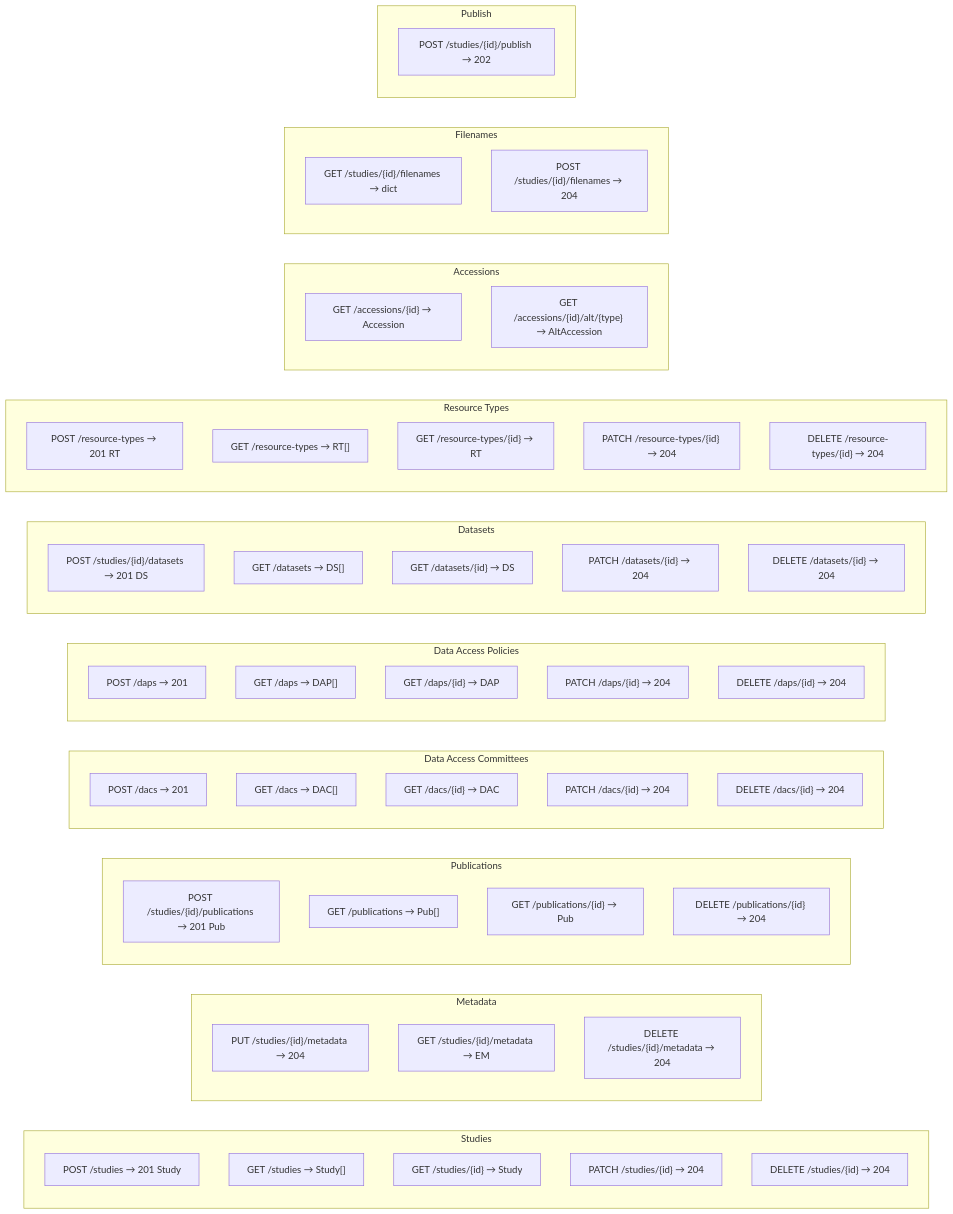
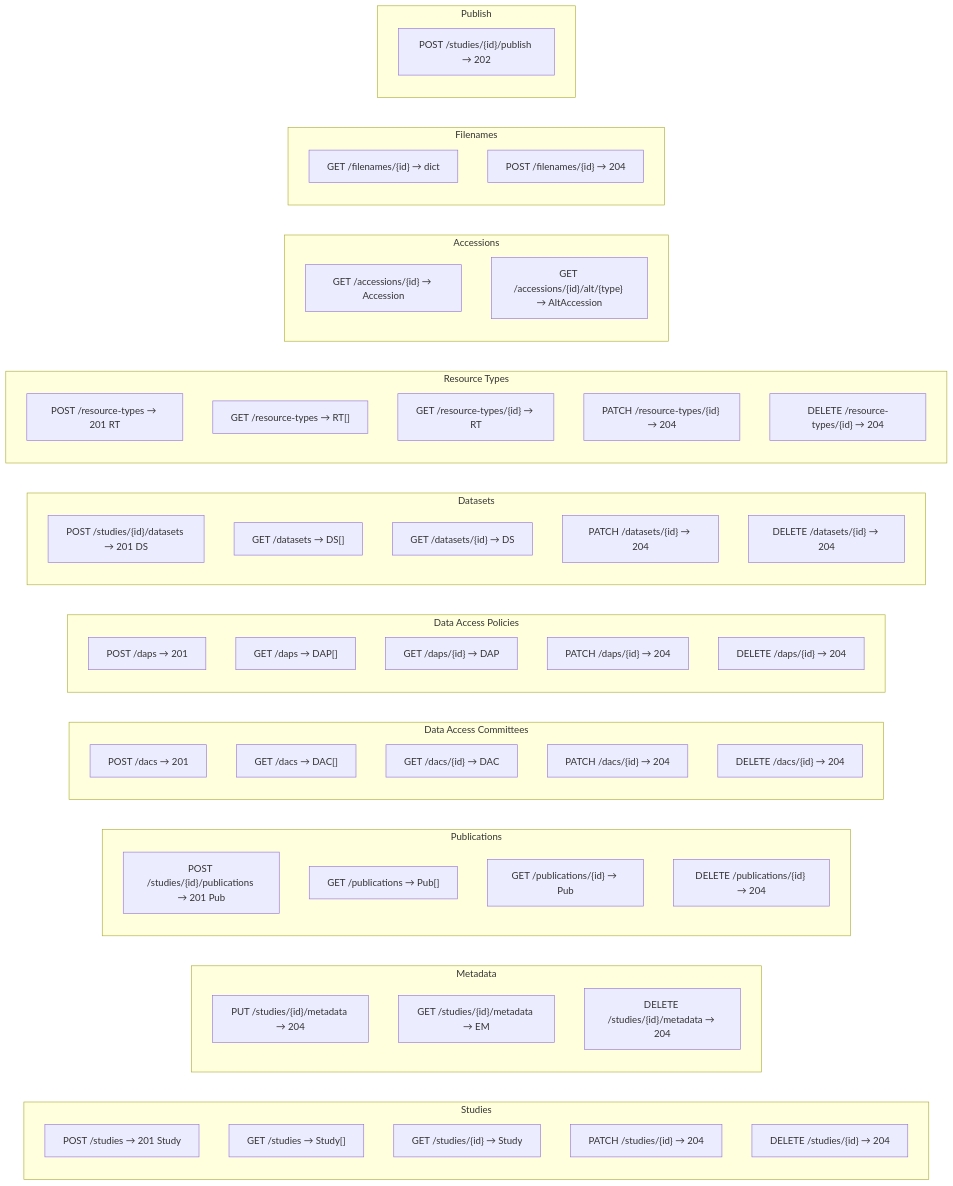
One commit to ghga-de/ghga-registry-service changed the diagram in docs/api_endpoint_map.md. Above: the diagram before and after it, drawn with Mermaid. The commit also changed 1 other file, not shown here.

Commit message:
Fix path for filenames

````diff
--- a/docs/api_endpoint_map.md
+++ b/docs/api_endpoint_map.md
@@ -3,69 +3,69 @@
 ```mermaid
 graph LR
     subgraph Studies
         S1["POST /studies → 201 Study"]
         S2["GET /studies → Study[]"]
         S3["GET /studies/{id} → Study"]
         S4["PATCH /studies/{id} → 204"]
         S5["DELETE /studies/{id} → 204"]
     end
 
     subgraph Metadata
         M1["PUT /studies/{id}/metadata → 204"]
         M2["GET /studies/{id}/metadata → EM"]
         M3["DELETE /studies/{id}/metadata → 204"]
     end
 
     subgraph Publications
         P1["POST /studies/{id}/publications → 201 Pub"]
         P2["GET /publications → Pub[]"]
         P3["GET /publications/{id} → Pub"]
         P4["DELETE /publications/{id} → 204"]
     end
 
     subgraph DAC["Data Access Committees"]
         C1["POST /dacs → 201"]
         C2["GET /dacs → DAC[]"]
         C3["GET /dacs/{id} → DAC"]
         C4["PATCH /dacs/{id} → 204"]
         C5["DELETE /dacs/{id} → 204"]
     end
 
     subgraph DAP["Data Access Policies"]
         D1["POST /daps → 201"]
         D2["GET /daps → DAP[]"]
         D3["GET /daps/{id} → DAP"]
         D4["PATCH /daps/{id} → 204"]
         D5["DELETE /daps/{id} → 204"]
     end
 
     subgraph Datasets
         DS1["POST /studies/{id}/datasets → 201 DS"]
         DS2["GET /datasets → DS[]"]
         DS3["GET /datasets/{id} → DS"]
         DS4["PATCH /datasets/{id} → 204"]
         DS5["DELETE /datasets/{id} → 204"]
     end
 
     subgraph ResourceTypes["Resource Types"]
         RT1["POST /resource-types → 201 RT"]
         RT2["GET /resource-types → RT[]"]
         RT3["GET /resource-types/{id} → RT"]
         RT4["PATCH /resource-types/{id} → 204"]
         RT5["DELETE /resource-types/{id} → 204"]
     end
 
     subgraph Accessions
         A1["GET /accessions/{id} → Accession"]
         A2["GET /accessions/{id}/alt/{type} → AltAccession"]
     end
 
     subgraph Filenames
-        F1["GET /studies/{id}/filenames → dict"]
-        F2["POST /studies/{id}/filenames → 204"]
+        F1["GET /filenames/{id} → dict"]
+        F2["POST /filenames/{id} → 204"]
     end
 
     subgraph Publish
         PB1["POST /studies/{id}/publish → 202"]
     end
 ```
````
